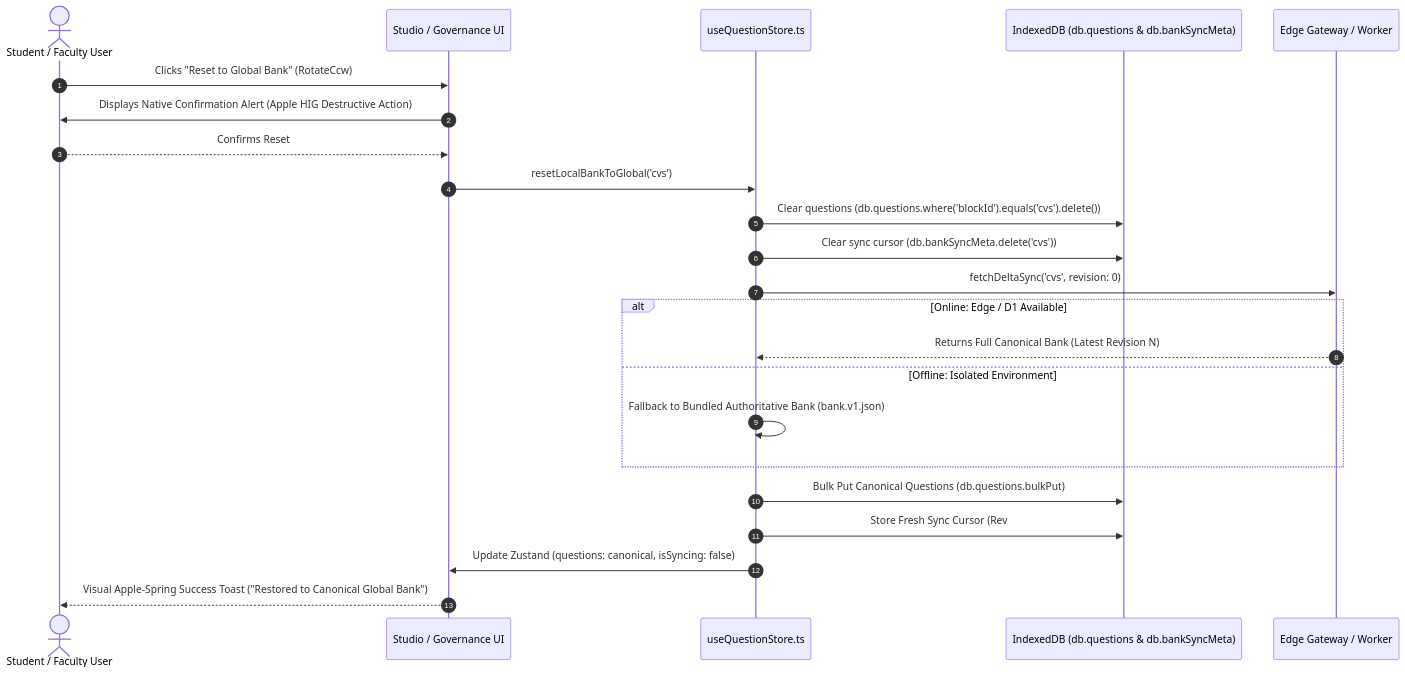
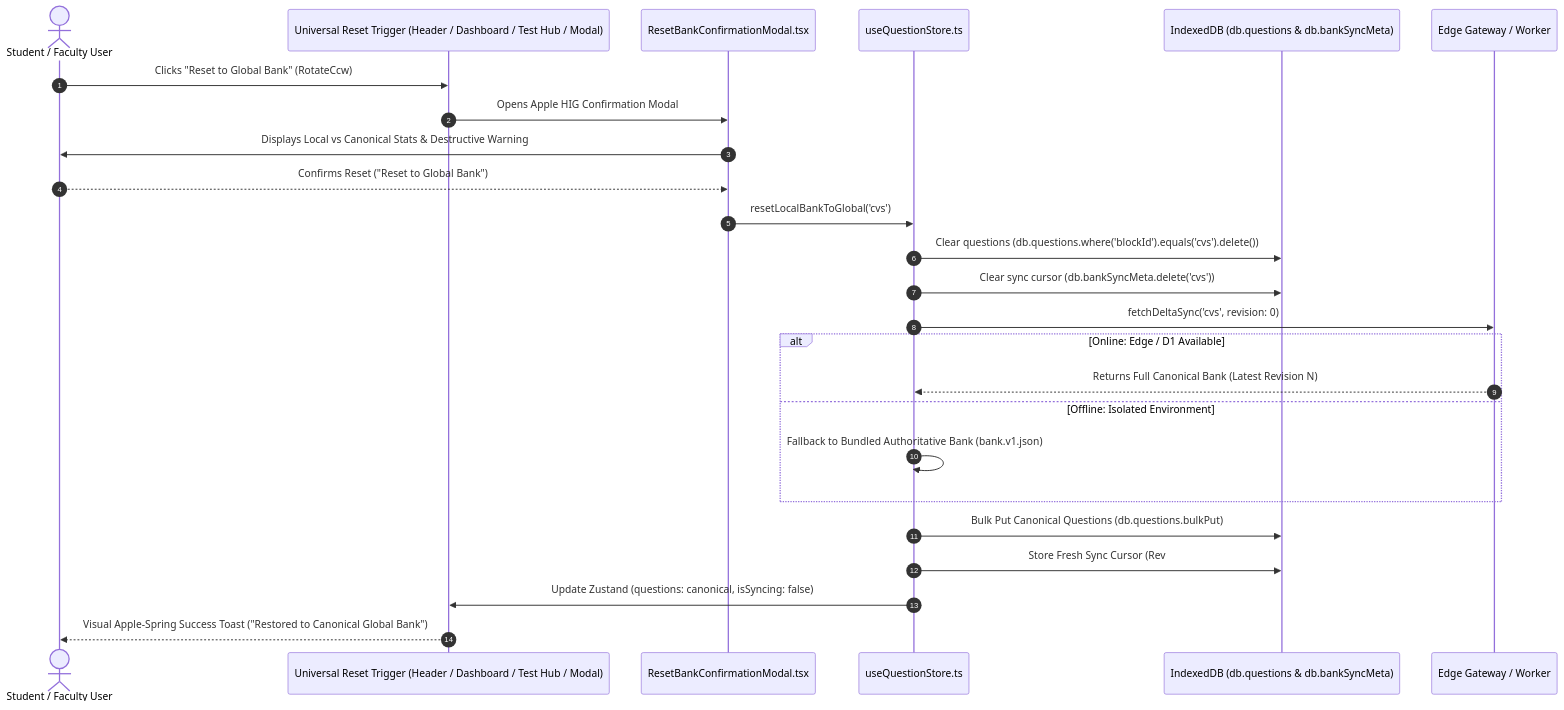
Before and after one commit to mostafammy/med-quests-apps: diagram 13 of 17 in README.md, drawn with Mermaid. The commit also changed other lines of this file and 12 other files, not shown here.

````diff
--- a/README.md
+++ b/README.md
@@ -696,29 +704,31 @@
 ```mermaid
 sequenceDiagram
     autonumber
     actor User as Student / Faculty User
-    participant UI as Studio / Governance UI
+    participant UI as Universal Reset Trigger (Header / Dashboard / Test Hub / Modal)
+    participant Modal as ResetBankConfirmationModal.tsx
     participant Store as useQuestionStore.ts
     participant Dexie as IndexedDB (db.questions & db.bankSyncMeta)
     participant Edge as Edge Gateway / Worker
 
     User->>UI: Clicks "Reset to Global Bank" (RotateCcw)
-    UI->>User: Displays Native Confirmation Alert (Apple HIG Destructive Action)
-    User-->>UI: Confirms Reset
+    UI->>Modal: Opens Apple HIG Confirmation Modal
+    Modal->>User: Displays Local vs Canonical Stats & Destructive Warning
+    User-->>Modal: Confirms Reset ("Reset to Global Bank")
 
-    UI->>Store: resetLocalBankToGlobal('cvs')
+    Modal->>Store: resetLocalBankToGlobal('cvs')
     Store->>Dexie: Clear questions (db.questions.where('blockId').equals('cvs').delete())
     Store->>Dexie: Clear sync cursor (db.bankSyncMeta.delete('cvs'))
     
     Store->>Edge: fetchDeltaSync('cvs', revision: 0)
     alt Online: Edge / D1 Available
         Edge-->>Store: Returns Full Canonical Bank (Latest Revision N)
     else Offline: Isolated Environment
         Store->>Store: Fallback to Bundled Authoritative Bank (bank.v1.json)
     end
 
     Store->>Dexie: Bulk Put Canonical Questions (db.questions.bulkPut)
     Store->>Dexie: Store Fresh Sync Cursor (Rev #N, lastSyncedAt, etag)
     Store->>UI: Update Zustand (questions: canonical, isSyncing: false)
     UI-->>User: Visual Apple-Spring Success Toast ("Restored to Canonical Global Bank")
 ```
````
